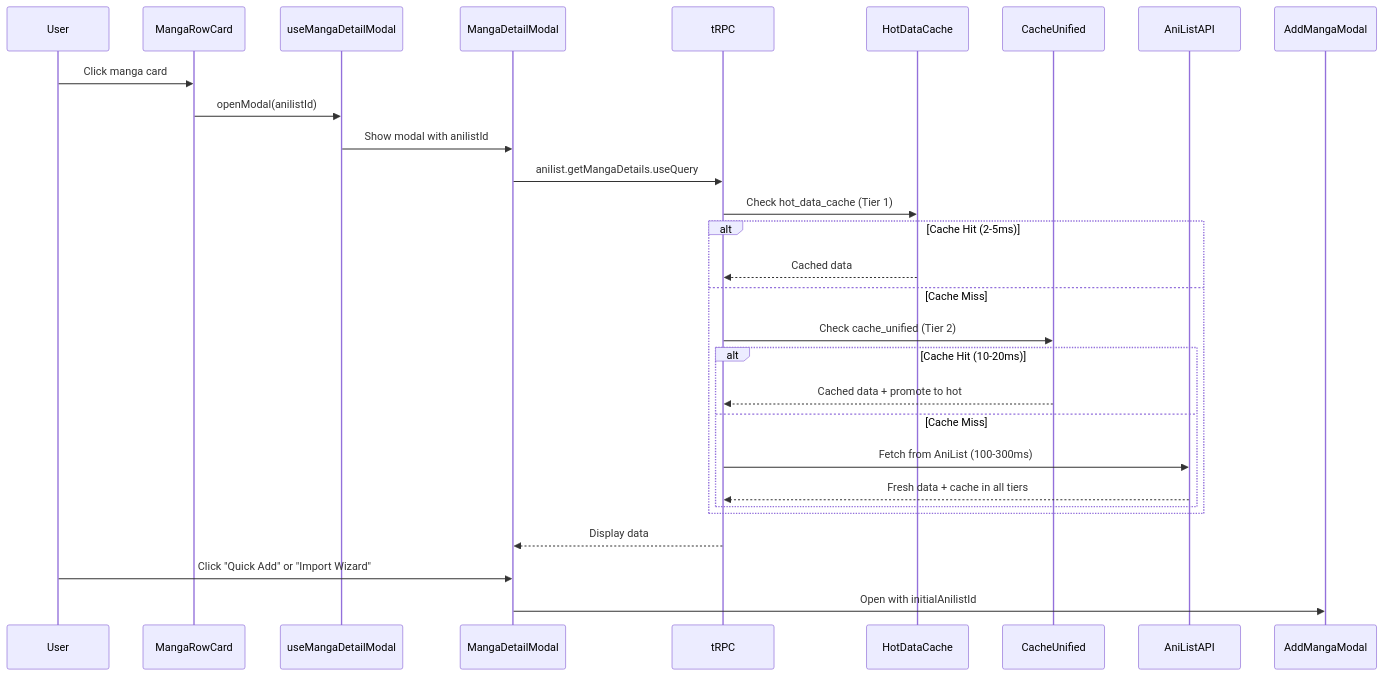
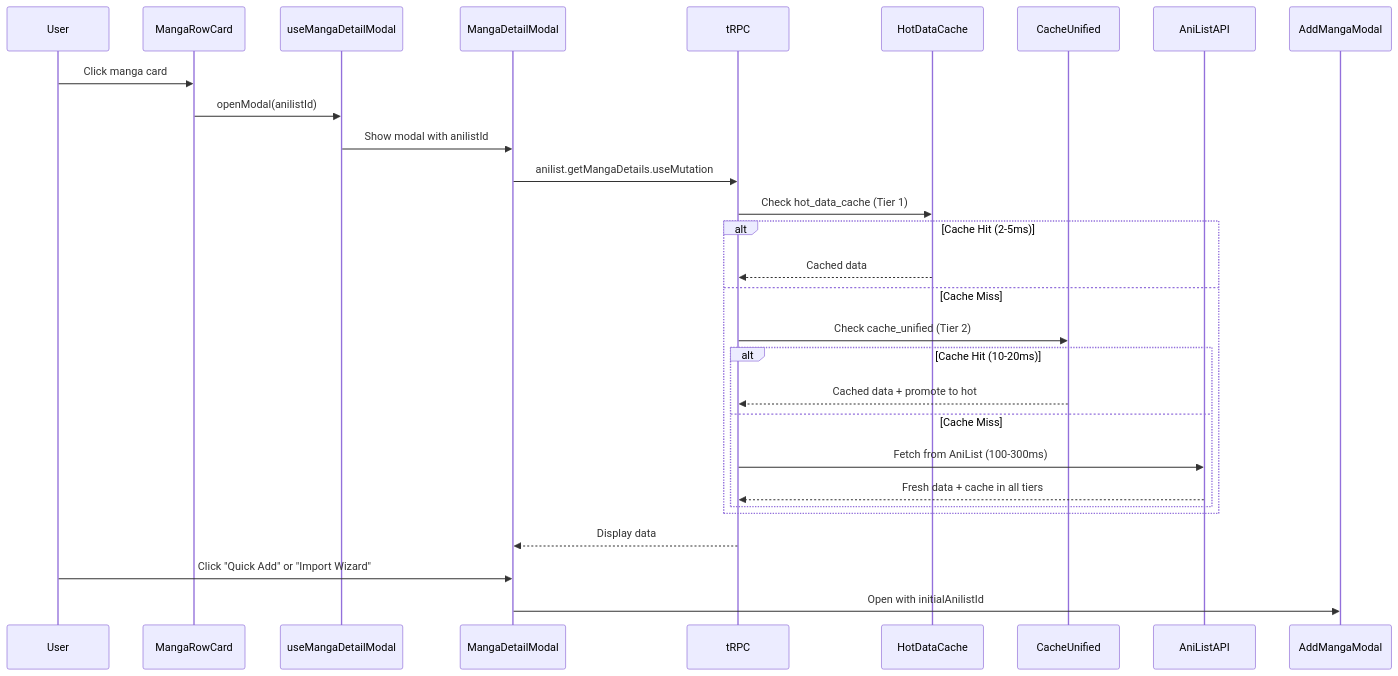
Before and after one commit to Rorqualx/Mugiwara-Kaizoku: the diagram in docs/features/manga-detail-modal-guide.md, drawn with Mermaid. The commit also changed other lines of this file and 87 other files, not shown here.

````diff
--- a/docs/features/manga-detail-modal-guide.md
+++ b/docs/features/manga-detail-modal-guide.md
@@ -43,22 +43,22 @@
 ```mermaid
 sequenceDiagram
     User->>MangaRowCard: Click manga card
     MangaRowCard->>useMangaDetailModal: openModal(anilistId)
     useMangaDetailModal->>MangaDetailModal: Show modal with anilistId
-    MangaDetailModal->>tRPC: anilist.getMangaDetails.useQuery
+    MangaDetailModal->>tRPC: anilist.getMangaDetails.useMutation
     tRPC->>HotDataCache: Check hot_data_cache (Tier 1)
     alt Cache Hit (2-5ms)
         HotDataCache-->>tRPC: Cached data
     else Cache Miss
         tRPC->>CacheUnified: Check cache_unified (Tier 2)
         alt Cache Hit (10-20ms)
             CacheUnified-->>tRPC: Cached data + promote to hot
         else Cache Miss
             tRPC->>AniListAPI: Fetch from AniList (100-300ms)
             AniListAPI-->>tRPC: Fresh data + cache in all tiers
         end
     end
     tRPC-->>MangaDetailModal: Display data
     User->>MangaDetailModal: Click "Quick Add" or "Import Wizard"
     MangaDetailModal->>AddMangaModal: Open with initialAnilistId
 ```
````
